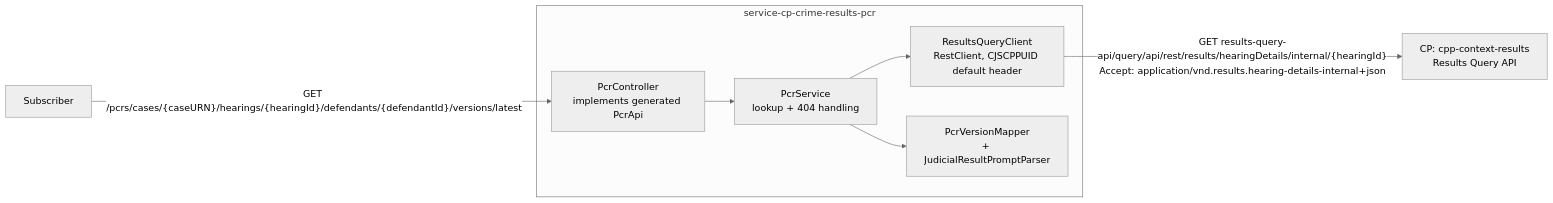
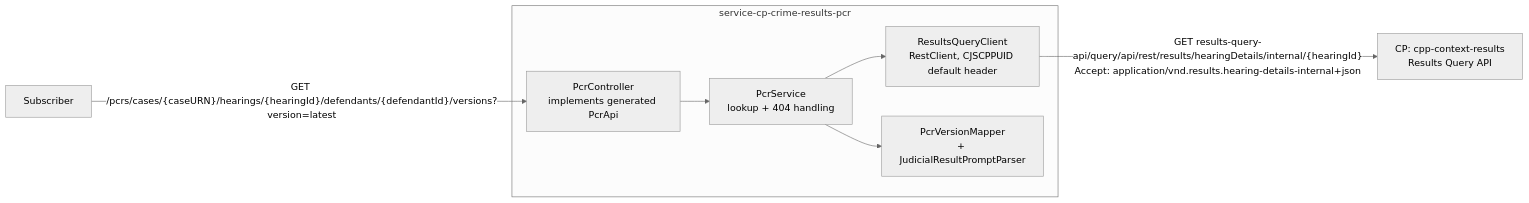
The diagram in docs/2026-07-17-pcr-phase1-stateless-proxy-design.md (hmcts/service-cp-crime-results-pcr), drawn with Mermaid (neutral theme) before and after one commit. The commit also changed other lines of this file and 7 other files, not shown here.

````diff
--- a/docs/2026-07-17-pcr-phase1-stateless-proxy-design.md
+++ b/docs/2026-07-17-pcr-phase1-stateless-proxy-design.md
@@ -60,13 +74,13 @@
 ```mermaid
 flowchart LR
-    Sub["Subscriber"] -->|"GET /pcrs/cases/{caseURN}/hearings/{hearingId}/defendants/{defendantId}/versions/latest"| Controller
+    Sub["Subscriber"] -->|"GET /pcrs/cases/{caseURN}/hearings/{hearingId}/defendants/{defendantId}/versions?version=latest"| Controller
 
     subgraph PCR["service-cp-crime-results-pcr"]
         Controller["PcrController<br/>implements generated PcrApi"]
         Controller --> Service["PcrService<br/>lookup + 404 handling"]
         Service --> Client["ResultsQueryClient<br/>RestClient, CJSCPPUID default header"]
         Service --> Mapper["PcrVersionMapper<br/>+ JudicialResultPromptParser"]
     end
 
     Client -->|"GET results-query-api/query/api/rest/results/hearingDetails/internal/{hearingId}<br/>Accept: application/vnd.results.hearing-details-internal+json"| CP["CP: cpp-context-results<br/>Results Query API"]
 ```
````
